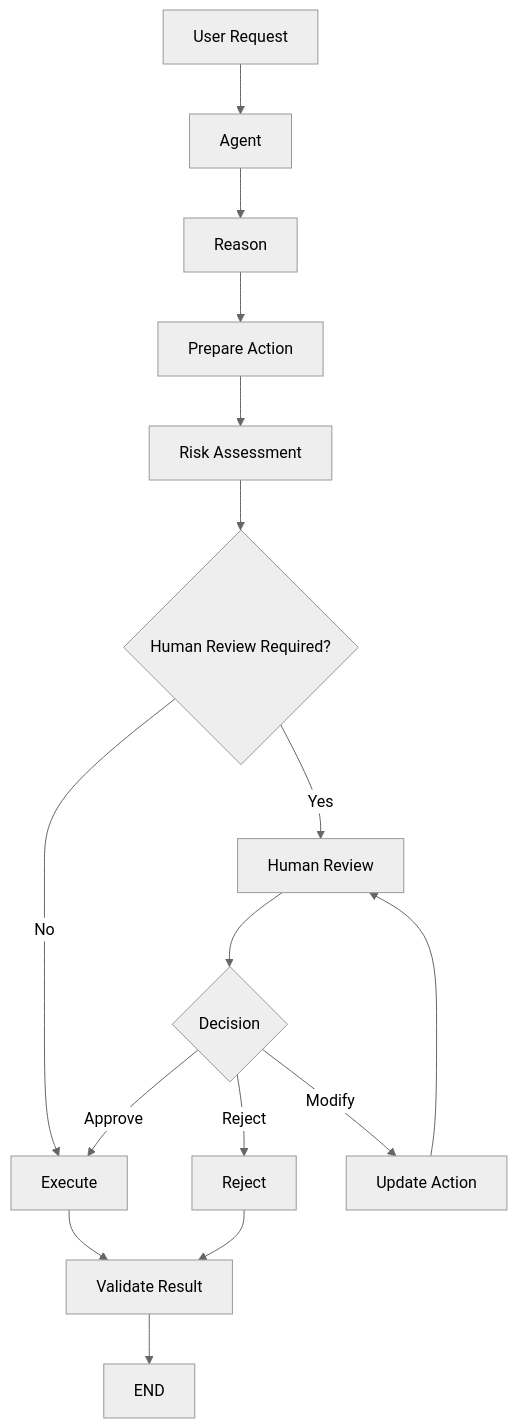
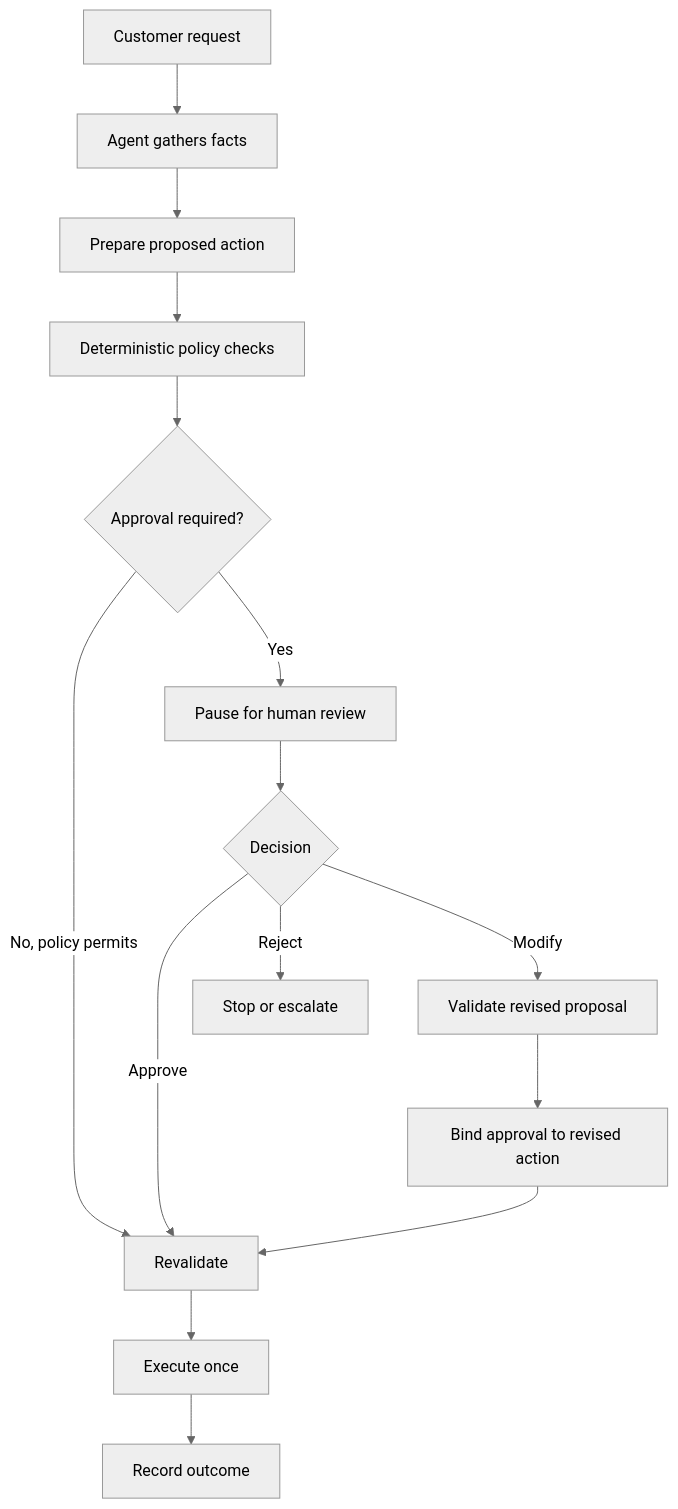
Before and after one commit to MihirKJha/enterprise-ai-engineering-handbook: the first of 2 diagrams in docs/08-ai-engineering-frameworks/langgraph/21-langgraph-human-in-the-loop.md, drawn with Mermaid (neutral theme). The commit also changed other lines of this file and 10 other files, not shown here.

````diff
--- a/docs/08-ai-engineering-frameworks/langgraph/21-langgraph-human-in-the-loop.md
+++ b/docs/08-ai-engineering-frameworks/langgraph/21-langgraph-human-in-the-loop.md
@@ -147,33 +39,17 @@
 ```mermaid
 flowchart TD
-
-    A[User Request] --> B[Agent]
-
-    B --> C[Reason]
-
-    C --> D[Prepare Action]
-
-    D --> E[Risk Assessment]
-
-    E --> F{Human Review Required?}
-
-    F -->|No| G[Execute]
-
-    F -->|Yes| H[Human Review]
-
-    H --> I{Decision}
-
-    I -->|Approve| G
-
-    I -->|Reject| J[Reject]
-
-    I -->|Modify| K[Update Action]
-
-    K --> H
-
-    G --> L[Validate Result]
-
-    J --> L
-
-    L --> M[END]
+    A[Customer request] --> B[Agent gathers facts]
+    B --> C[Prepare proposed action]
+    C --> D[Deterministic policy checks]
+    D --> E{Approval required?}
+    E -->|No, policy permits| F[Revalidate]
+    E -->|Yes| G[Pause for human review]
+    G --> H{Decision}
+    H -->|Approve| F
+    H -->|Reject| I[Stop or escalate]
+    H -->|Modify| J[Validate revised proposal]
+    J --> K[Bind approval to revised action]
+    K --> F
+    F --> L[Execute once]
+    L --> M[Record outcome]
 ```
````
